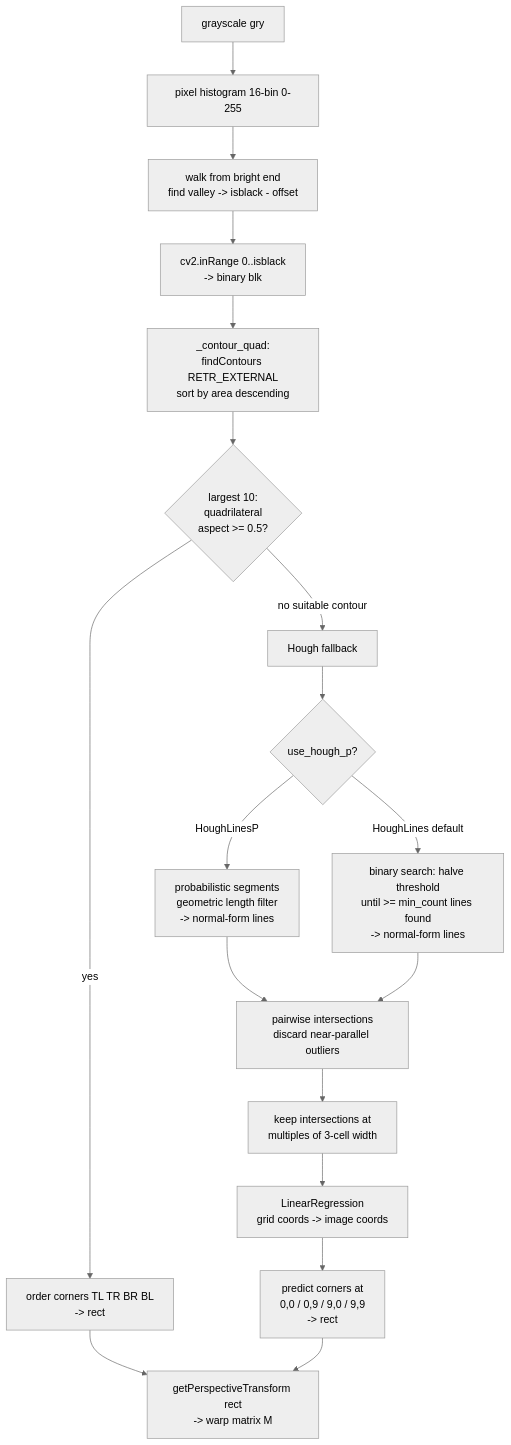
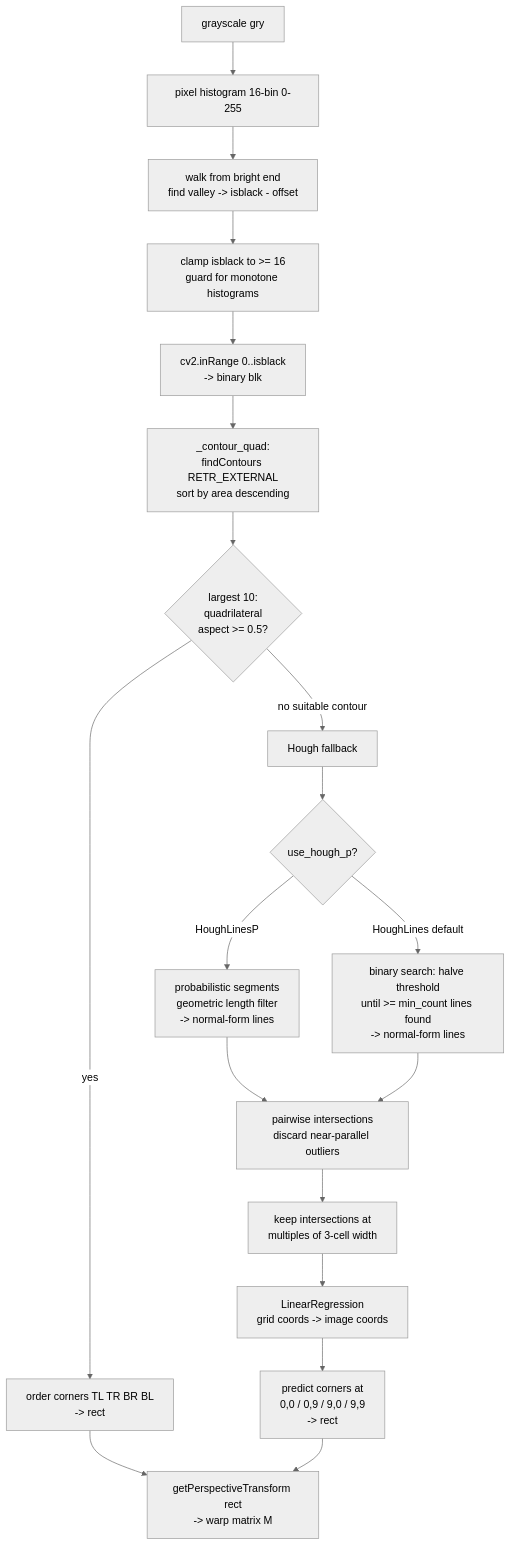
One commit to gbarrett28/cagedoku changed the fourth of 10 diagrams in docs/image-pipeline.md. Above: the diagram before and after it, drawn with Mermaid (neutral theme). The commit also changed other lines of this file and 3 other files, not shown here.

````diff
--- a/docs/image-pipeline.md
+++ b/docs/image-pipeline.md
@@ -119,20 +119,21 @@
 ```mermaid
 flowchart TD
     A[grayscale gry] --> B[pixel histogram 16-bin 0-255]
     B --> C[walk from bright end\nfind valley -> isblack - offset]
-    C --> D[cv2.inRange 0..isblack\n-> binary blk]
+    C --> Cclamp[clamp isblack to >= 16\nguard for monotone histograms]
+    Cclamp --> D[cv2.inRange 0..isblack\n-> binary blk]
     D --> E[_contour_quad:\nfindContours RETR_EXTERNAL\nsort by area descending]
     E --> F{largest 10:\nquadrilateral\naspect >= 0.5?}
     F -- yes --> G[order corners TL TR BR BL\n-> rect]
     F -- no suitable contour --> H[Hough fallback]
     H --> I{use_hough_p?}
     I -- HoughLinesP --> J[probabilistic segments\ngeometric length filter\n-> normal-form lines]
     I -- HoughLines default --> K[binary search: halve threshold\nuntil >= min_count lines found\n-> normal-form lines]
     J --> L[pairwise intersections\ndiscard near-parallel outliers]
     K --> L
     L --> M[keep intersections at\nmultiples of 3-cell width]
     M --> N[LinearRegression\ngrid coords -> image coords]
     N --> O[predict corners at\n0,0 / 0,9 / 9,0 / 9,9\n-> rect]
     G --> P[getPerspectiveTransform rect\n-> warp matrix M]
     O --> P
 ```
````
